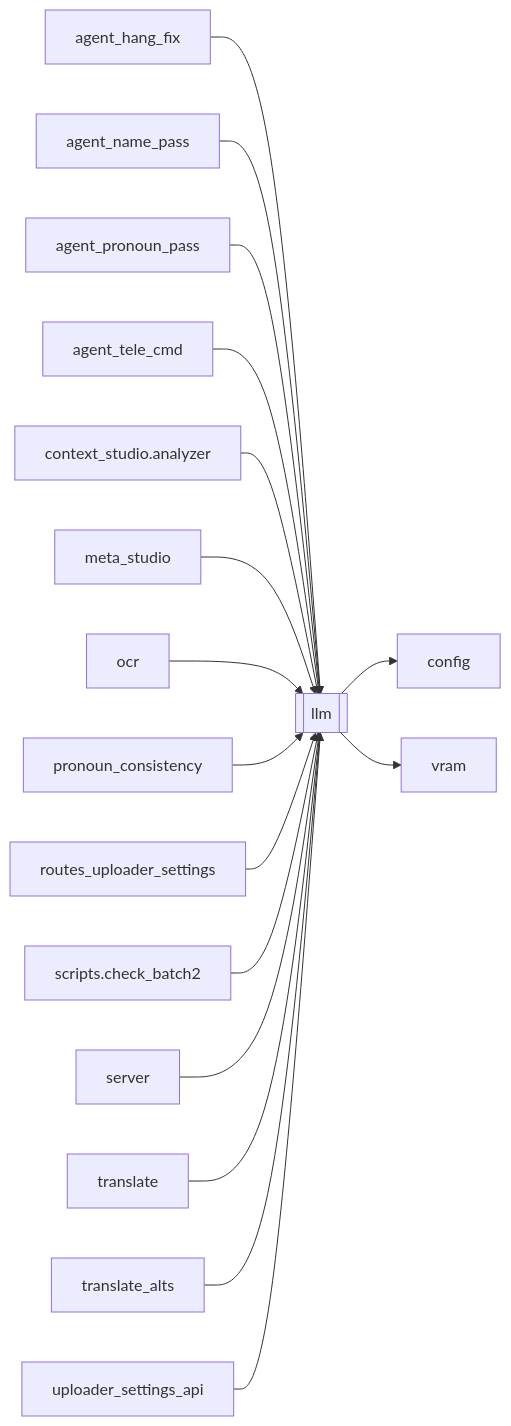
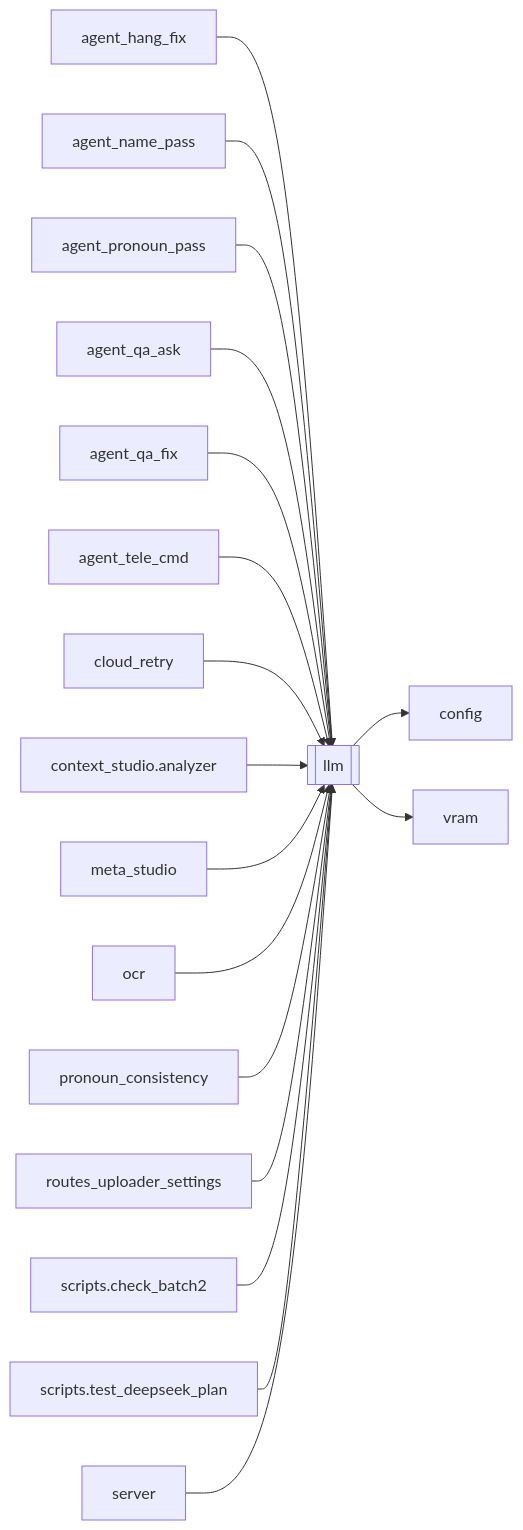
Before and after one commit to kjza178/PineLineV4: the diagram in docs/brain/modules/llm.md, drawn with Mermaid. The commit also changed other lines of this file and 200 other files, not shown here.

````diff
--- a/docs/brain/modules/llm.md
+++ b/docs/brain/modules/llm.md
@@ -18,20 +18,21 @@
 ```mermaid
 flowchart LR
   llm[[llm]]
   agent_hang_fix[agent_hang_fix] --> llm
   agent_name_pass[agent_name_pass] --> llm
   agent_pronoun_pass[agent_pronoun_pass] --> llm
+  agent_qa_ask[agent_qa_ask] --> llm
+  agent_qa_fix[agent_qa_fix] --> llm
   agent_tele_cmd[agent_tele_cmd] --> llm
+  cloud_retry[cloud_retry] --> llm
   context_studio_analyzer[context_studio.analyzer] --> llm
   meta_studio[meta_studio] --> llm
   ocr[ocr] --> llm
   pronoun_consistency[pronoun_consistency] --> llm
   routes_uploader_settings[routes_uploader_settings] --> llm
   scripts_check_batch2[scripts.check_batch2] --> llm
+  scripts_test_deepseek_plan[scripts.test_deepseek_plan] --> llm
   server[server] --> llm
-  translate[translate] --> llm
-  translate_alts[translate_alts] --> llm
-  uploader_settings_api[uploader_settings_api] --> llm
   llm --> config[config]
   llm --> vram[vram]
 ```
````
